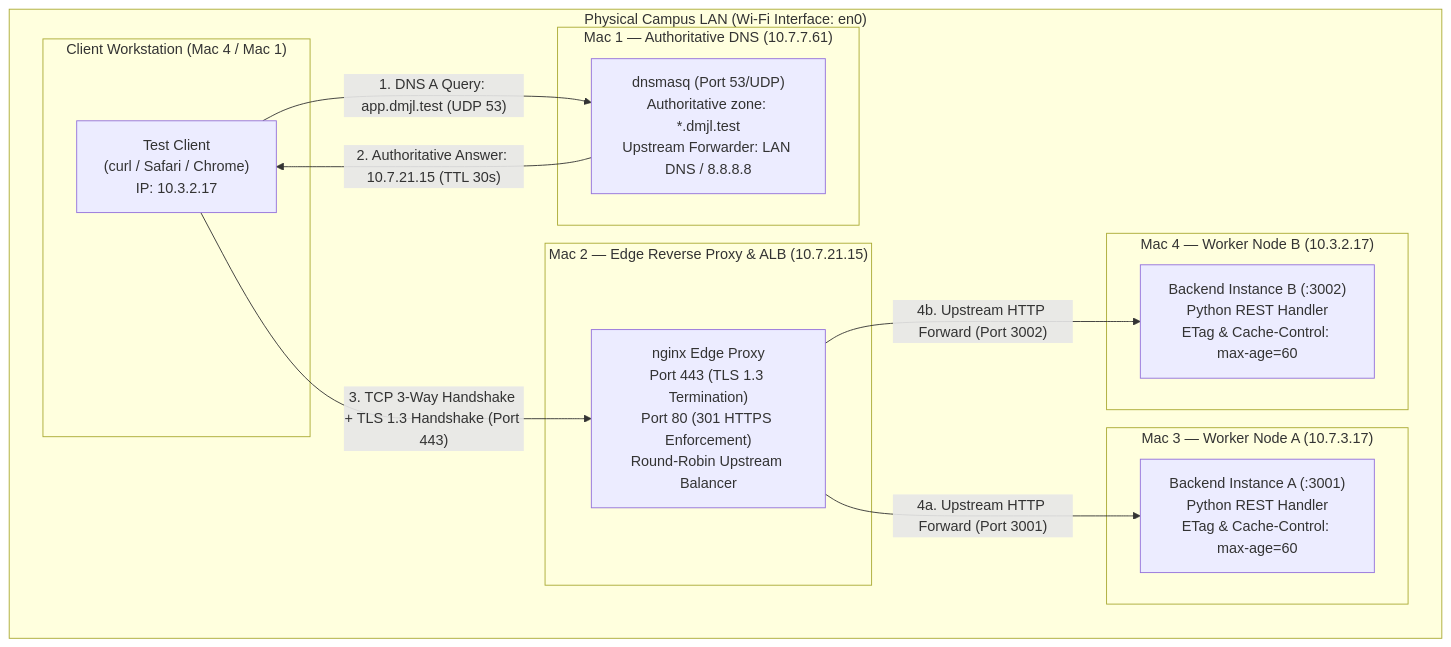
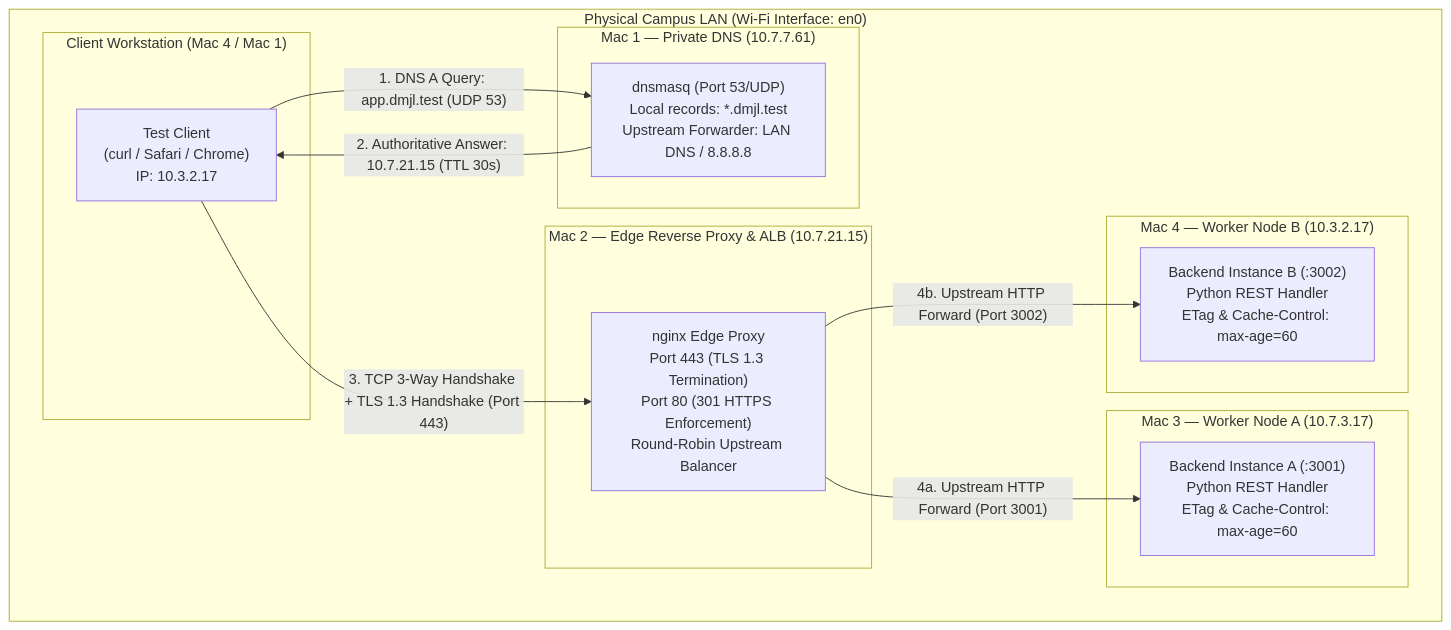
The first of 2 diagrams in ARCHITECTURE.md (Dhanvin1520/dmjl-port-cn-project), drawn with Mermaid before and after one commit. The commit also changed other lines of this file and 6 other files, not shown here.

````diff
--- a/ARCHITECTURE.md
+++ b/ARCHITECTURE.md
@@ -30,30 +30,30 @@
 ```mermaid
 flowchart TD
     subgraph LAN["Physical Campus LAN (Wi-Fi Interface: en0)"]
         subgraph ClientNode["Client Workstation (Mac 4 / Mac 1)"]
             Client["Test Client<br/>(curl / Safari / Chrome)<br/>IP: 10.3.2.17"]
         end
 
-        subgraph DNSNode["Mac 1 — Authoritative DNS (10.7.7.61)"]
-            DNS["dnsmasq (Port 53/UDP)<br/>Authoritative zone: *.dmjl.test<br/>Upstream Forwarder: LAN DNS / 8.8.8.8"]
+        subgraph DNSNode["Mac 1 — Private DNS (10.7.7.61)"]
+            DNS["dnsmasq (Port 53/UDP)<br/>Local records: *.dmjl.test<br/>Upstream Forwarder: LAN DNS / 8.8.8.8"]
         end
 
         subgraph EdgeNode["Mac 2 — Edge Reverse Proxy & ALB (10.7.21.15)"]
             NGINX["nginx Edge Proxy<br/>Port 443 (TLS 1.3 Termination)<br/>Port 80 (301 HTTPS Enforcement)<br/>Round-Robin Upstream Balancer"]
         end
 
         subgraph BackendA["Mac 3 — Worker Node A (10.7.3.17)"]
             ServerA["Backend Instance A (:3001)<br/>Python REST Handler<br/>ETag & Cache-Control: max-age=60"]
         end
 
         subgraph BackendB["Mac 4 — Worker Node B (10.3.2.17)"]
             ServerB["Backend Instance B (:3002)<br/>Python REST Handler<br/>ETag & Cache-Control: max-age=60"]
         end
     end
 
     Client -- "1. DNS A Query: app.dmjl.test (UDP 53)" --> DNS
     DNS -- "2. Authoritative Answer: 10.7.21.15 (TTL 30s)" --> Client
     Client -- "3. TCP 3-Way Handshake + TLS 1.3 Handshake (Port 443)" --> NGINX
     NGINX -- "4a. Upstream HTTP Forward (Port 3001)" --> ServerA
     NGINX -- "4b. Upstream HTTP Forward (Port 3002)" --> ServerB
 ```
````
